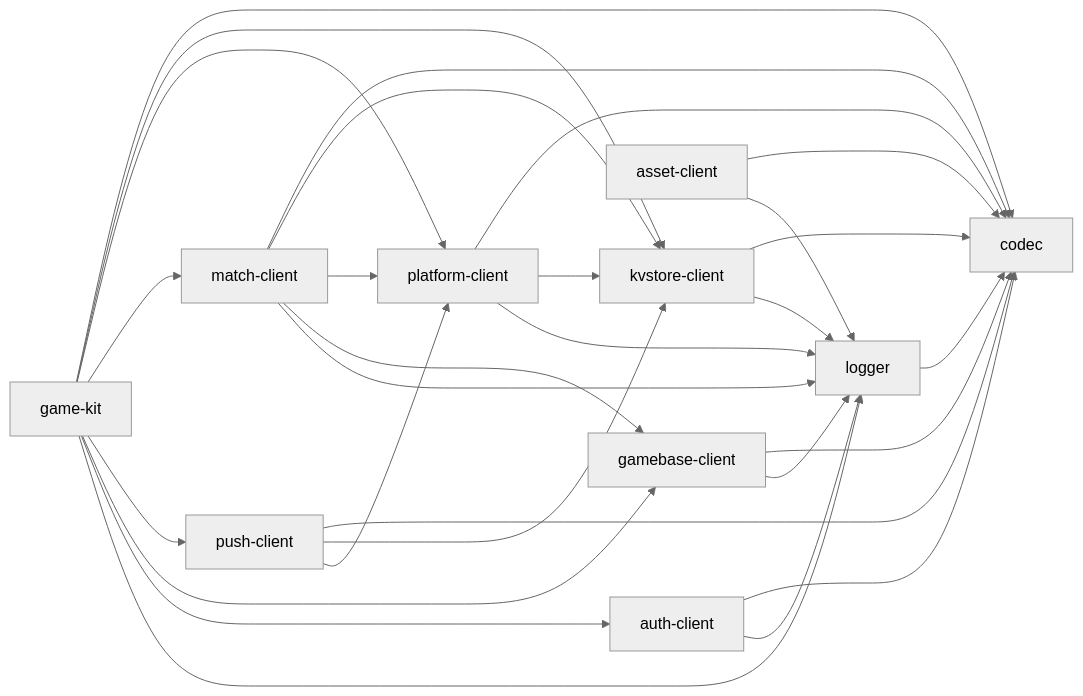
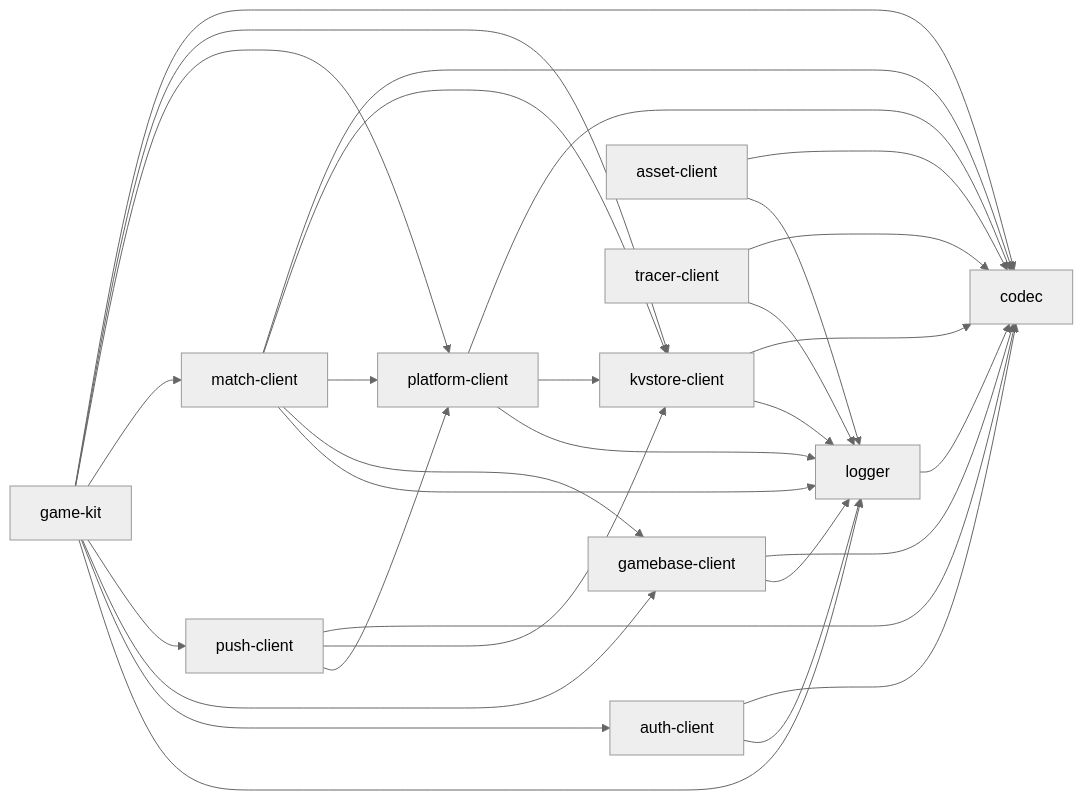
The diagram in README.md (yingyeothon/csharplib), drawn with Mermaid (neutral theme) before and after one commit. The commit also changed other lines of this file and 79 other files, not shown here.

````diff
--- a/README.md
+++ b/README.md
@@ -58,31 +59,33 @@
 ```mermaid
 graph LR
   gamebase-client --> codec
   gamebase-client --> logger
   kvstore-client --> codec
   kvstore-client --> logger
   auth-client --> codec
   auth-client --> logger
   asset-client --> codec
   asset-client --> logger
   platform-client --> codec
   platform-client --> kvstore-client
   match-client --> codec
   match-client --> kvstore-client
   push-client --> codec
   push-client --> kvstore-client
   game-kit --> codec
   game-kit --> kvstore-client
   platform-client --> logger
   match-client --> platform-client
   match-client --> gamebase-client
   match-client --> logger
   push-client --> platform-client
   game-kit --> platform-client
   game-kit --> match-client
   game-kit --> push-client
   game-kit --> gamebase-client
   game-kit --> auth-client
   game-kit --> logger
+  tracer-client --> codec
+  tracer-client --> logger
   logger --> codec
 ```
````
